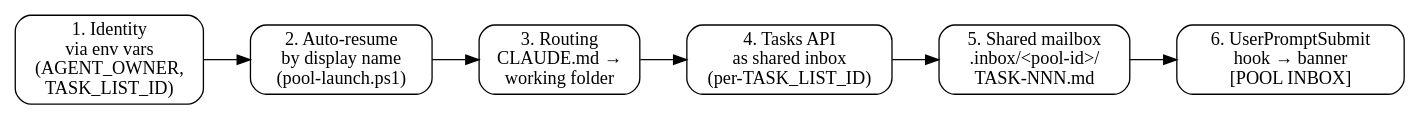
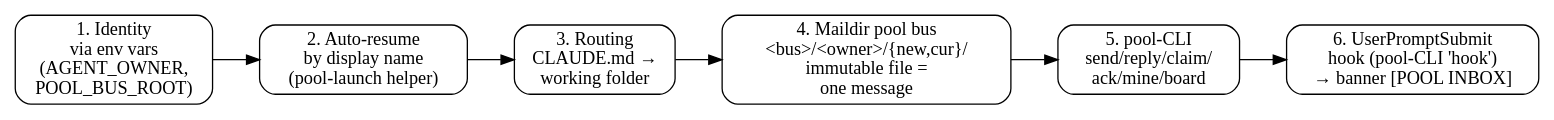
One commit to Dieugene/ai-agent-backed-project-template changed the first of 2 diagrams in docs/pool-communication.md. Above: the diagram before and after it, drawn with Graphviz. The commit also changed other lines of this file and 5 other files, not shown here.

Commit message:
docs(pool-patterns): migrate coordination docs from Tasks API to maildir pool bus

````diff
--- a/docs/pool-communication.md
+++ b/docs/pool-communication.md
@@ -42,15 +69,15 @@
 ```dot
 digraph pool {
   rankdir=LR;
   node [shape=box, style=rounded];
 
-  ENV [label="1. Identity\nvia env vars\n(AGENT_OWNER,\nTASK_LIST_ID)"];
-  AUTORESUME [label="2. Auto-resume\nby display name\n(pool-launch.ps1)"];
+  ENV [label="1. Identity\nvia env vars\n(AGENT_OWNER,\nPOOL_BUS_ROOT)"];
+  AUTORESUME [label="2. Auto-resume\nby display name\n(pool-launch helper)"];
   ROUTING [label="3. Routing\nCLAUDE.md →\nworking folder"];
-  TASKS [label="4. Tasks API\nas shared inbox\n(per-TASK_LIST_ID)"];
-  MAILBOX [label="5. Shared mailbox\n.inbox/<pool-id>/\nTASK-NNN.md"];
-  HOOK [label="6. UserPromptSubmit\nhook → banner\n[POOL INBOX]"];
+  BUS [label="4. Maildir pool bus\n<bus>/<owner>/{new,cur}/\nimmutable file =\none message"];
+  CLI [label="5. pool-CLI\nsend/reply/claim/\nack/mine/board"];
+  HOOK [label="6. UserPromptSubmit\nhook (pool-CLI 'hook')\n→ banner [POOL INBOX]"];
 
-  ENV -> AUTORESUME -> ROUTING -> TASKS -> MAILBOX -> HOOK;
+  ENV -> AUTORESUME -> ROUTING -> BUS -> CLI -> HOOK;
 }
 ```
````
